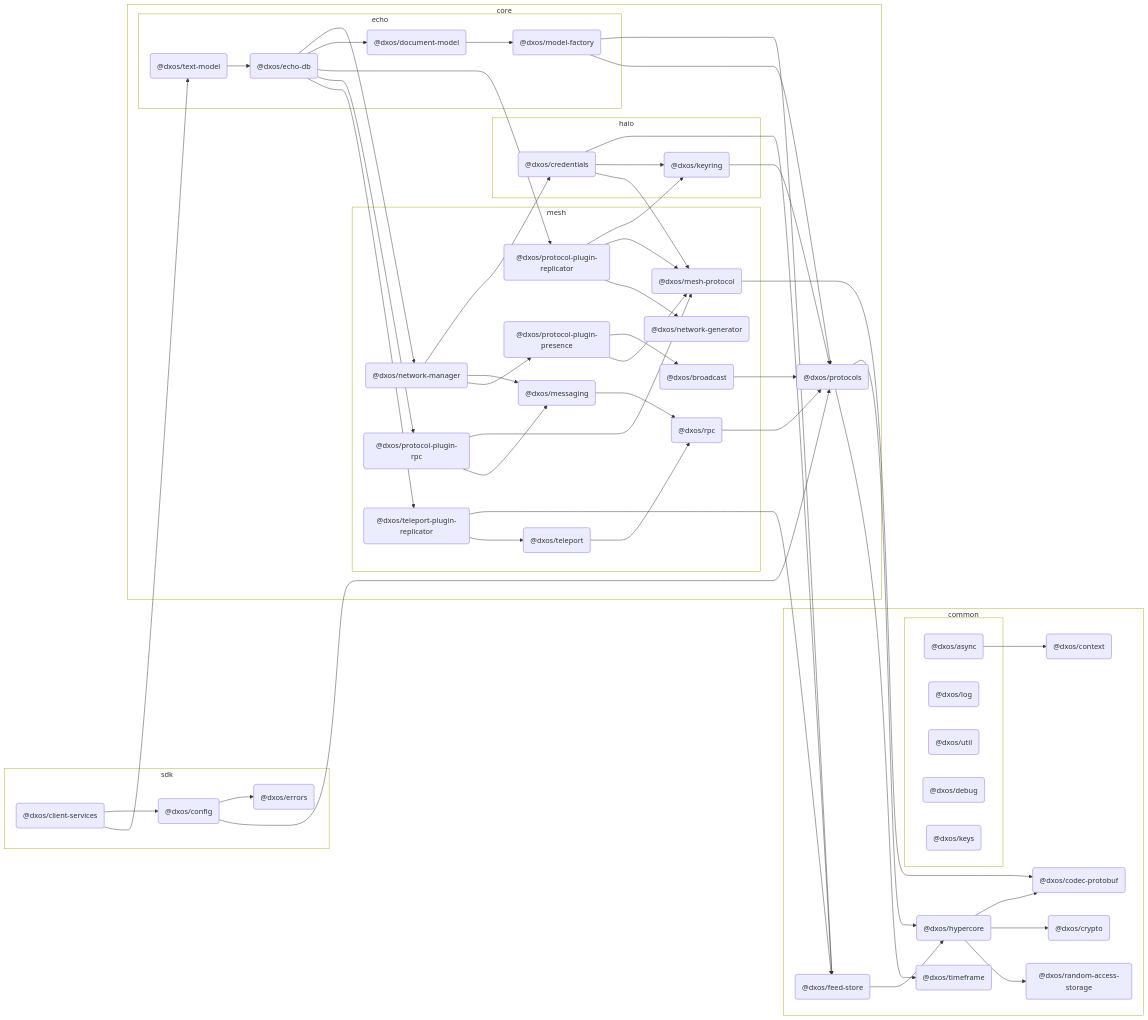
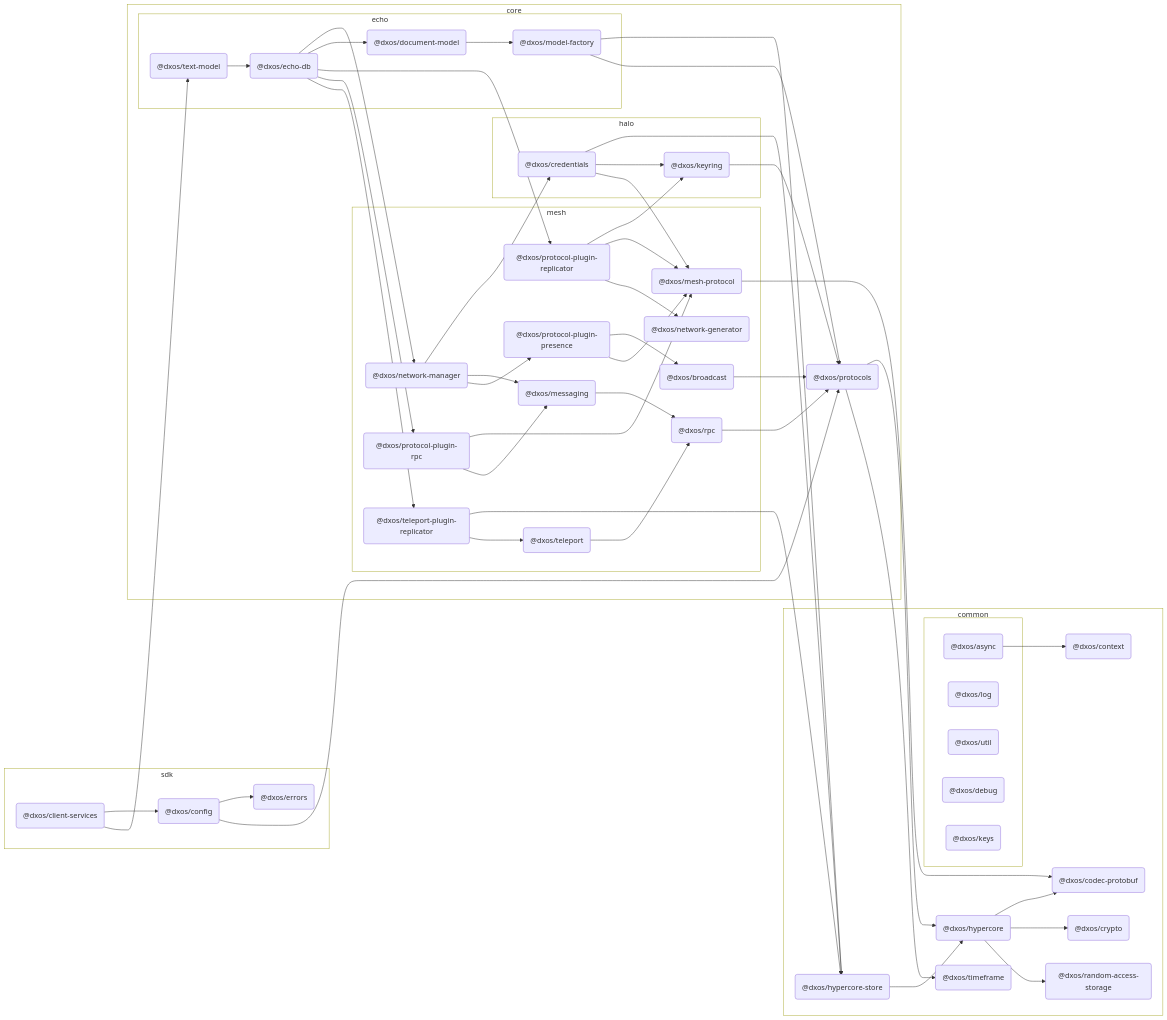
One commit to dxos/dxos changed the second of 2 diagrams in packages/sdk/client-services/docs/README.md. Above: the diagram before and after it, drawn with Mermaid. The commit also changed other lines of this file and 102 other files, not shown here.

First line of the commit message:
hypercore-store: rename hypercore feed naming to hypercore

```diff
--- a/packages/sdk/client-services/docs/README.md
+++ b/packages/sdk/client-services/docs/README.md
@@ -280,8 +280,8 @@
   click dxos/random-access-storage "dxos/dxos/tree/main/packages/common/random-access-storage/docs"
   dxos/timeframe("@dxos/timeframe"):::def
   click dxos/timeframe "dxos/dxos/tree/main/packages/common/timeframe/docs"
-  dxos/feed-store("@dxos/feed-store"):::def
-  click dxos/feed-store "dxos/dxos/tree/main/packages/common/feed-store/docs"
+  dxos/hypercore-store("@dxos/hypercore-store"):::def
+  click dxos/hypercore-store "dxos/dxos/tree/main/packages/common/hypercore-store/docs"
 
   subgraph _ [ ]
     style _ fill:transparent
@@ -360,15 +360,15 @@
 dxos/hypercore --> dxos/crypto
 dxos/hypercore --> dxos/random-access-storage
 dxos/protocols --> dxos/timeframe
-dxos/credentials --> dxos/feed-store
-dxos/feed-store --> dxos/hypercore
+dxos/credentials --> dxos/hypercore-store
+dxos/hypercore-store --> dxos/hypercore
 dxos/credentials --> dxos/keyring
 dxos/keyring --> dxos/protocols
 dxos/credentials --> dxos/mesh-protocol
 dxos/mesh-protocol --> dxos/codec-protobuf
 dxos/messaging --> dxos/rpc
 dxos/rpc --> dxos/protocols
-dxos/model-factory --> dxos/feed-store
+dxos/model-factory --> dxos/hypercore-store
 dxos/model-factory --> dxos/protocols
 dxos/echo-db --> dxos/network-manager
 dxos/network-manager --> dxos/credentials
@@ -388,7 +388,7 @@
 dxos/protocol-plugin-rpc --> dxos/messaging
 dxos/teleport --> dxos/rpc
 dxos/echo-db --> dxos/teleport-plugin-replicator
-dxos/teleport-plugin-replicator --> dxos/feed-store
+dxos/teleport-plugin-replicator --> dxos/hypercore-store
 dxos/teleport-plugin-replicator --> dxos/teleport
 dxos/client-services --> dxos/text-model
 dxos/text-model --> dxos/echo-db
```
